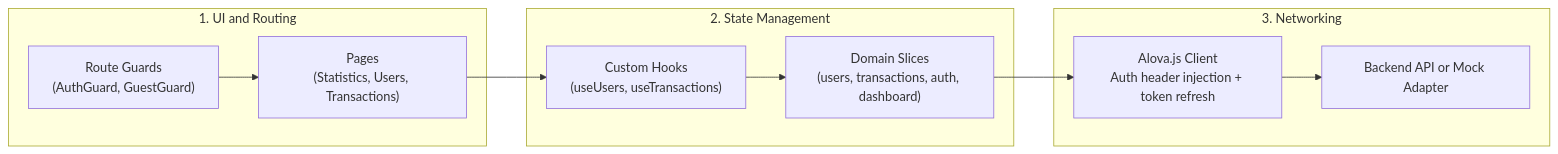
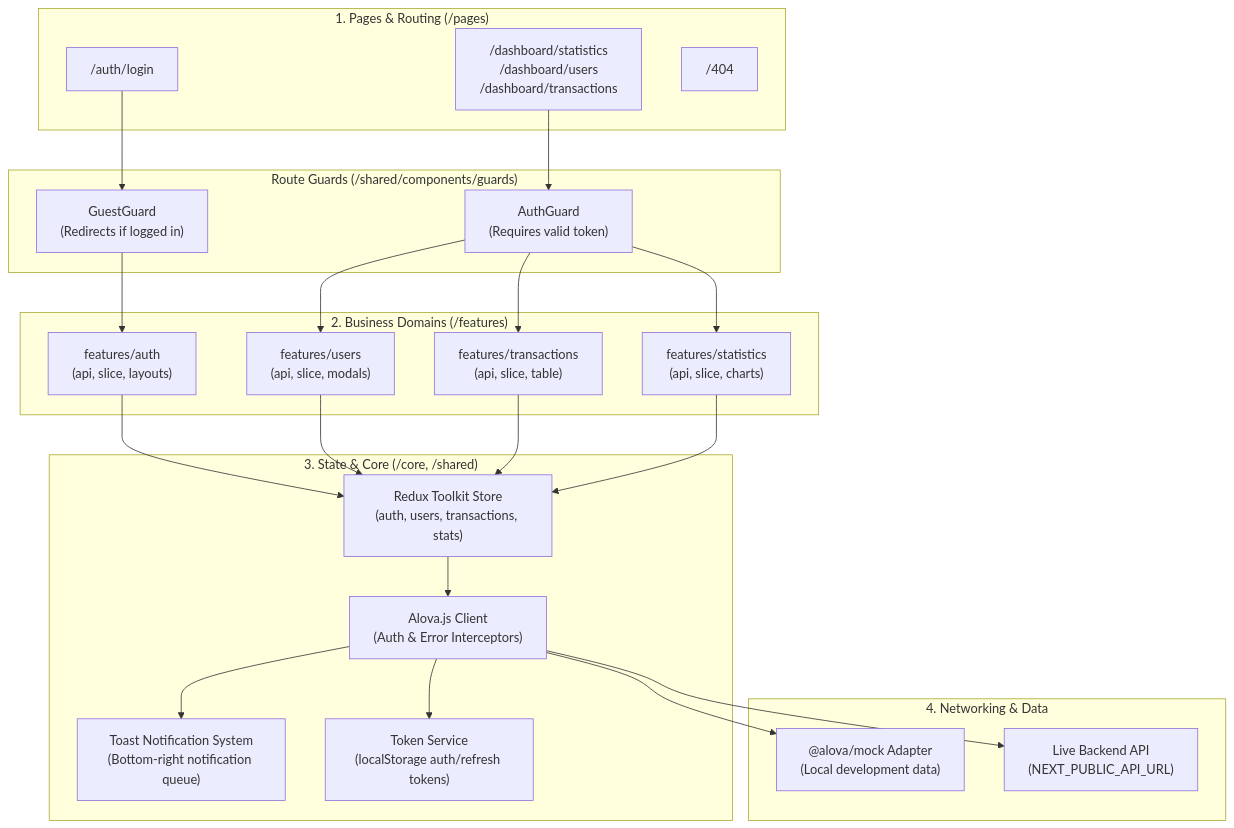
The first of 2 diagrams in README.md (swe-rashad/FINKING-FRONTEND), drawn with Mermaid before and after one commit. The commit also changed other lines of this file and 18 other files, not shown here.

````diff
--- a/README.md
+++ b/README.md
@@ -11,18 +13,42 @@
 ```mermaid
-flowchart LR
-    subgraph UI ["1. UI and Routing"]
-        Guards["Route Guards<br/>(AuthGuard, GuestGuard)"]
-        Pages["Pages<br/>(Statistics, Users, Transactions)"]
-        Guards --> Pages
+flowchart TD
+    subgraph Routing ["1. Pages & Routing (/pages)"]
+        LoginPage["/auth/login"]
+        DashboardPages["/dashboard/statistics<br/>/dashboard/users<br/>/dashboard/transactions"]
+        NotFoundPage["/404"]
     end
 
-    subgraph State ["2. State Management"]
-        Pages --> Hooks["Custom Hooks<br/>(useUsers, useTransactions)"]
-        Hooks --> Redux["Domain Slices<br/>(users, transactions, auth, dashboard)"]
+    subgraph Guards ["Route Guards (/shared/components/guards)"]
+        AuthGuard["AuthGuard<br/>(Requires valid token)"]
+        GuestGuard["GuestGuard<br/>(Redirects if logged in)"]
     end
 
-    subgraph API ["3. Networking"]
-        Redux --> Alova["Alova.js Client<br/>Auth header injection + token refresh"]
-        Alova --> Target["Backend API or Mock Adapter"]
+    subgraph Features ["2. Business Domains (/features)"]
+        AuthFeature["features/auth<br/>(api, slice, layouts)"]
+        UsersFeature["features/users<br/>(api, slice, modals)"]
+        TxFeature["features/transactions<br/>(api, slice, table)"]
+        StatsFeature["features/statistics<br/>(api, slice, charts)"]
     end
+
+    subgraph StateAndCore ["3. State & Core (/core, /shared)"]
+        ReduxStore["Redux Toolkit Store<br/>(auth, users, transactions, stats)"]
+        AlovaClient["Alova.js Client<br/>(Auth & Error Interceptors)"]
+        ToastSystem["Toast Notification System<br/>(Bottom-right notification queue)"]
+        TokenService["Token Service<br/>(localStorage auth/refresh tokens)"]
+    end
+
+    subgraph NetworkLayer ["4. Networking & Data"]
+        MockAdapter["@alova/mock Adapter<br/>(Local development data)"]
+        LiveAPI["Live Backend API<br/>(NEXT_PUBLIC_API_URL)"]
+    end
+
+    %% Connections
+    LoginPage --> GuestGuard --> AuthFeature
+    DashboardPages --> AuthGuard --> UsersFeature & TxFeature & StatsFeature
+    AuthFeature & UsersFeature & TxFeature & StatsFeature --> ReduxStore
+    ReduxStore --> AlovaClient
+    AlovaClient --> TokenService
+    AlovaClient --> ToastSystem
+    AlovaClient --> MockAdapter
+    AlovaClient --> LiveAPI
 ```
````
